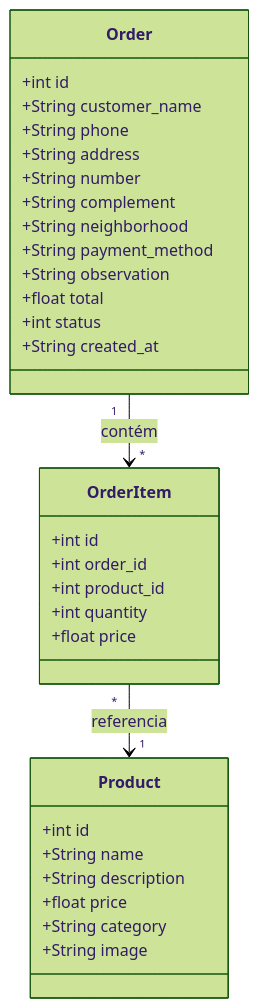
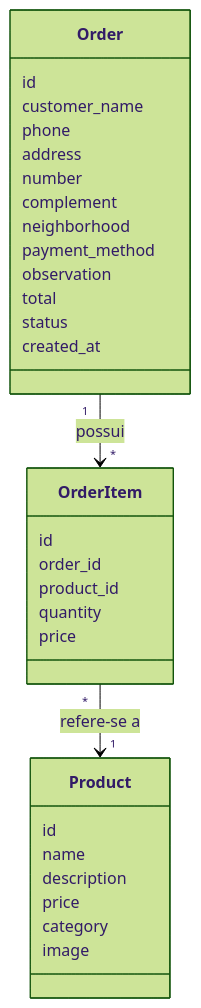
The second of 2 diagrams in docs/uml.md (devmnl/cupcake-gourmet), drawn with Mermaid (forest theme) before and after one commit. The commit also changed other lines of this file, not shown here.

First line of the commit message:
Revise UML

````diff
--- a/docs/uml.md
+++ b/docs/uml.md
@@ -53,37 +41,38 @@
 ```mermaid
 classDiagram
+
     class Product {
-        +int id
-        +String name
-        +String description
-        +float price
-        +String category
-        +String image
+        id
+        name
+        description
+        price
+        category
+        image
     }
 
     class Order {
-        +int id
-        +String customer_name
-        +String phone
-        +String address
-        +String number
-        +String complement
-        +String neighborhood
-        +String payment_method
-        +String observation
-        +float total
-        +int status
-        +String created_at
+        id
+        customer_name
+        phone
+        address
+        number
+        complement
+        neighborhood
+        payment_method
+        observation
+        total
+        status
+        created_at
     }
 
     class OrderItem {
-        +int id
-        +int order_id
-        +int product_id
-        +int quantity
-        +float price
+        id
+        order_id
+        product_id
+        quantity
+        price
     }
 
-    Order "1" --> "*" OrderItem : contém
-    OrderItem "*" --> "1" Product : referencia
+    Order "1" --> "*" OrderItem : possui
+    OrderItem "*" --> "1" Product : refere-se a
 ```
````
